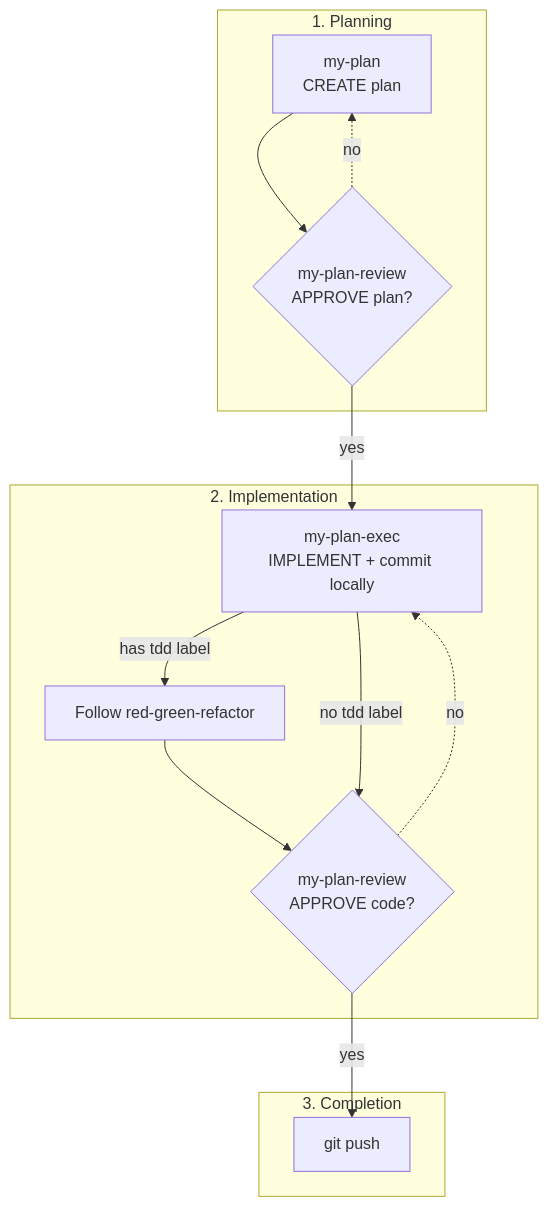
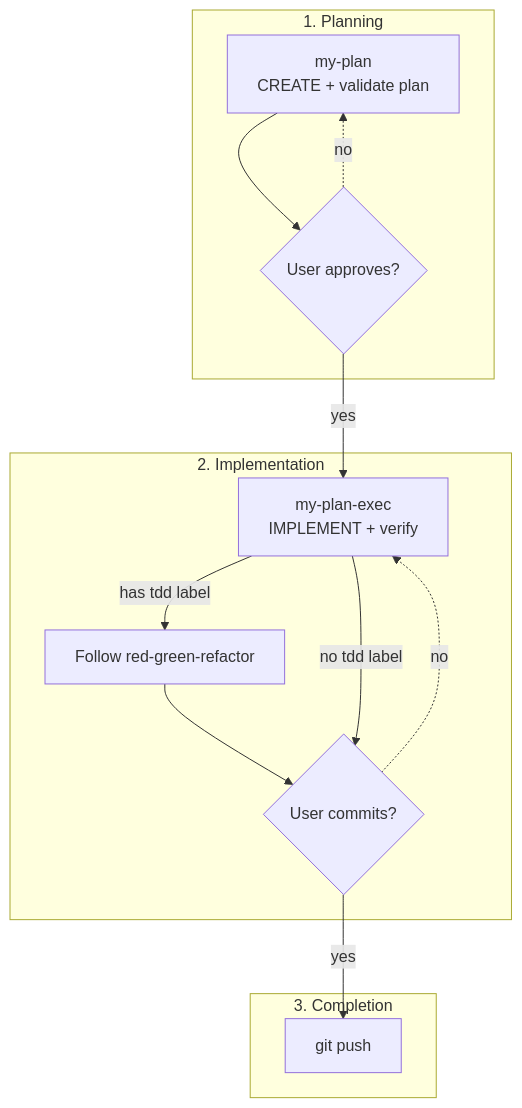
One commit to chandima/opencode-config changed the second of 2 diagrams in README.md. Above: the diagram before and after it, drawn with Mermaid. The commit also changed other lines of this file and 4 other files, not shown here.

First line of the commit message:
feat(agents): consolidate 3 agents to 2 (remove my-plan-review)

````diff
--- a/README.md
+++ b/README.md
@@ -238,17 +235,17 @@
 ```mermaid
 flowchart TD
     subgraph "1. Planning"
-        A[my-plan<br/>CREATE plan] --> B{my-plan-review<br/>APPROVE plan?}
+        A[my-plan<br/>CREATE + validate plan] --> B{User approves?}
     end
     subgraph "2. Implementation"
-        B -->|yes| C[my-plan-exec<br/>IMPLEMENT + commit locally]
+        B -->|yes| C[my-plan-exec<br/>IMPLEMENT + verify]
         C -->|has tdd label| T[Follow red-green-refactor]
         T --> D
-        C -->|no tdd label| D{my-plan-review<br/>APPROVE code?}
+        C -->|no tdd label| D{User commits?}
     end
     subgraph "3. Completion"
         D -->|yes| E[git push]
     end
     B -.->|no| A
     D -.->|no| C
 ```
````
